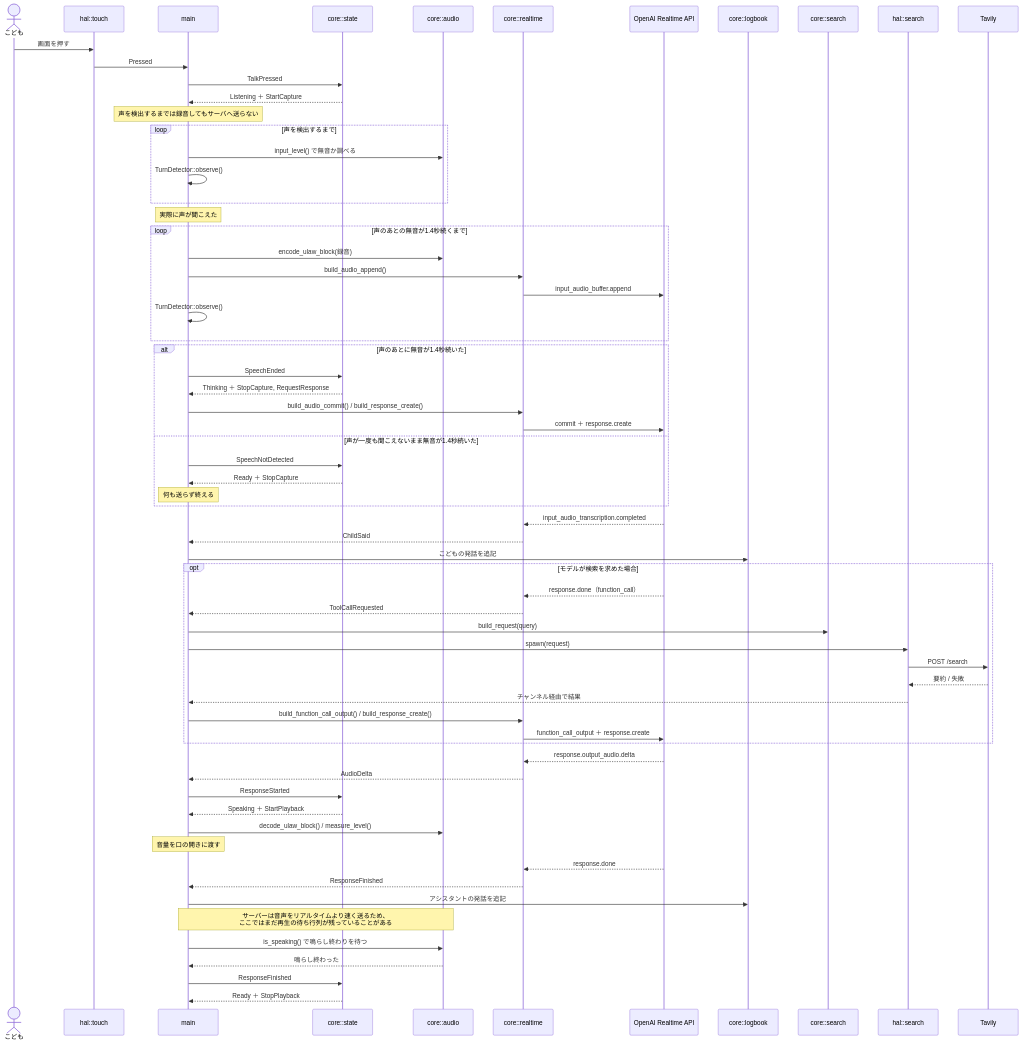
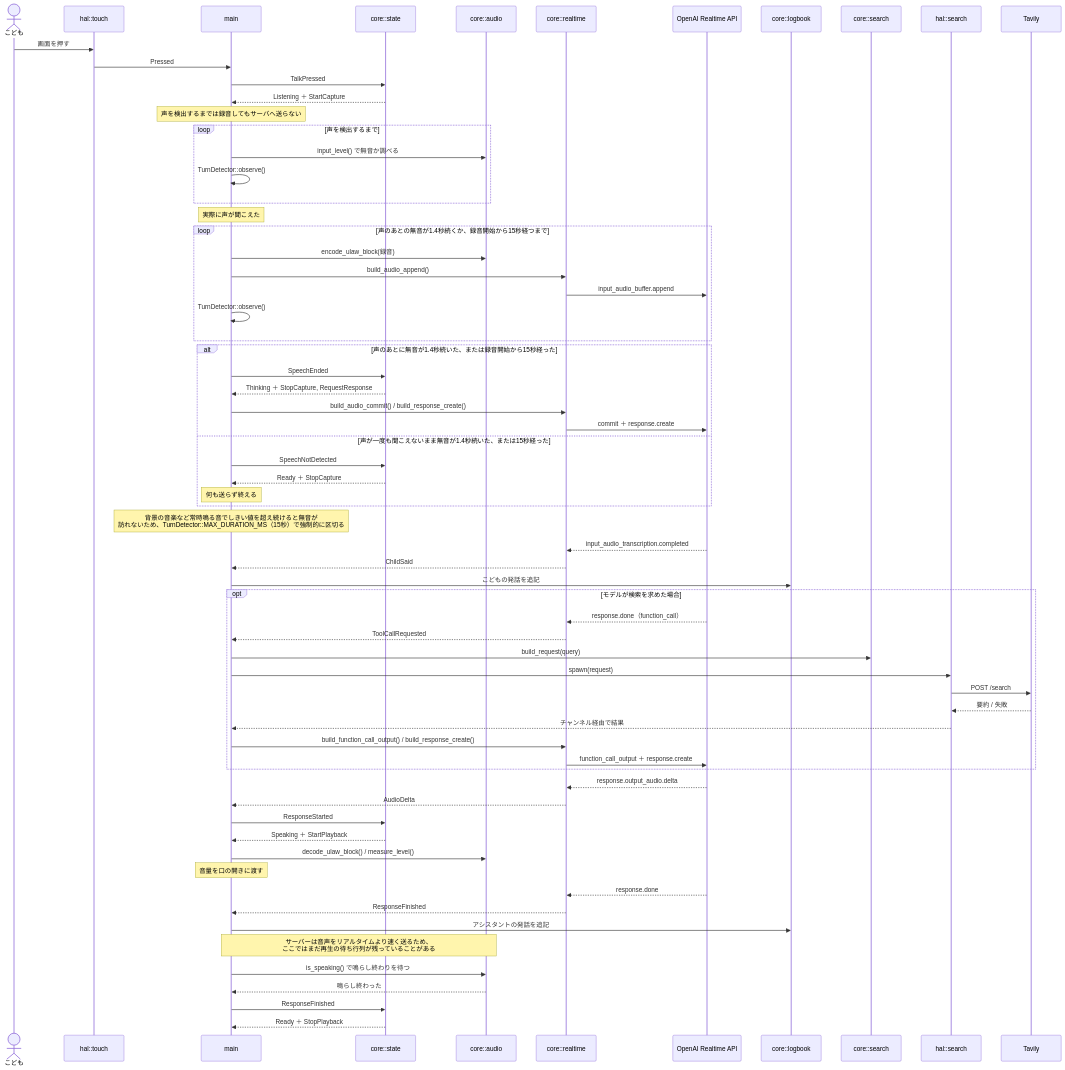
One commit to kibou-vision/m5a changed the second of 3 diagrams in docs/design/conversation.md. Above: the diagram before and after it, drawn with Mermaid. The commit also changed 2 other files, not shown here.

Commit message:
音声入力に15秒の上限を設ける
背景に音楽など常に鳴っている音があると、しきい値を超え続けて
沈黙が一度も訪れず、TurnDetectorが区切りを検出できないままに
なっていた。沈黙とは別に、録音開始からの経過時間にも上限
（MAX_DURATION_MS = 15秒）を設け、沈黙が来なくても録音を
強制的に区切るようにした。

Claude-Session: https://claude.ai/code/session_01EwfMphFrBtnFvr81BNCzam

````diff
--- a/docs/design/conversation.md
+++ b/docs/design/conversation.md
@@ -35,76 +35,77 @@
 ```mermaid
 sequenceDiagram
   actor Child as こども
   participant Touch as hal::touch
   participant Main as main
   participant State as core::state
   participant Audio as core::audio
   participant Proto as core::realtime
   participant API as OpenAI Realtime API
   participant Log as core::logbook
   participant Search as core::search
   participant HalSearch as hal::search
   participant Tavily as Tavily
 
   Child->>Touch: 画面を押す
   Touch->>Main: Pressed
   Main->>State: TalkPressed
   State-->>Main: Listening ＋ StartCapture
   Note over Main: 声を検出するまでは録音してもサーバへ送らない
 
   loop 声を検出するまで
     Main->>Audio: input_level() で無音か調べる
     Main->>Main: TurnDetector::observe()
   end
 
   Note over Main: 実際に声が聞こえた
-  loop 声のあとの無音が1.4秒続くまで
+  loop 声のあとの無音が1.4秒続くか、録音開始から15秒経つまで
     Main->>Audio: encode_ulaw_block(録音)
     Main->>Proto: build_audio_append()
     Proto->>API: input_audio_buffer.append
     Main->>Main: TurnDetector::observe()
   end
 
-  alt 声のあとに無音が1.4秒続いた
+  alt 声のあとに無音が1.4秒続いた、または録音開始から15秒経った
     Main->>State: SpeechEnded
     State-->>Main: Thinking ＋ StopCapture, RequestResponse
     Main->>Proto: build_audio_commit() / build_response_create()
     Proto->>API: commit ＋ response.create
-  else 声が一度も聞こえないまま無音が1.4秒続いた
+  else 声が一度も聞こえないまま無音が1.4秒続いた、または15秒経った
     Main->>State: SpeechNotDetected
     State-->>Main: Ready ＋ StopCapture
     Note over Main: 何も送らず終える
   end
+  Note over Main: 背景の音楽など常時鳴る音でしきい値を超え続けると無音が<br/>訪れないため、TurnDetector::MAX_DURATION_MS（15秒）で強制的に区切る
 
   API-->>Proto: input_audio_transcription.completed
   Proto-->>Main: ChildSaid
   Main->>Log: こどもの発話を追記
 
   opt モデルが検索を求めた場合
     API-->>Proto: response.done（function_call）
     Proto-->>Main: ToolCallRequested
     Main->>Search: build_request(query)
     Main->>HalSearch: spawn(request)
     HalSearch->>Tavily: POST /search
     Tavily-->>HalSearch: 要約 / 失敗
     HalSearch-->>Main: チャンネル経由で結果
     Main->>Proto: build_function_call_output() / build_response_create()
     Proto->>API: function_call_output ＋ response.create
   end
 
   API-->>Proto: response.output_audio.delta
   Proto-->>Main: AudioDelta
   Main->>State: ResponseStarted
   State-->>Main: Speaking ＋ StartPlayback
   Main->>Audio: decode_ulaw_block() / measure_level()
   Note over Main: 音量を口の開きに渡す
 
   API-->>Proto: response.done
   Proto-->>Main: ResponseFinished
   Main->>Log: アシスタントの発話を追記
   Note over Main,Audio: サーバーは音声をリアルタイムより速く送るため、<br/>ここではまだ再生の待ち行列が残っていることがある
   Main->>Audio: is_speaking() で鳴らし終わりを待つ
   Audio-->>Main: 鳴らし終わった
   Main->>State: ResponseFinished
   State-->>Main: Ready ＋ StopPlayback
 ```
````
